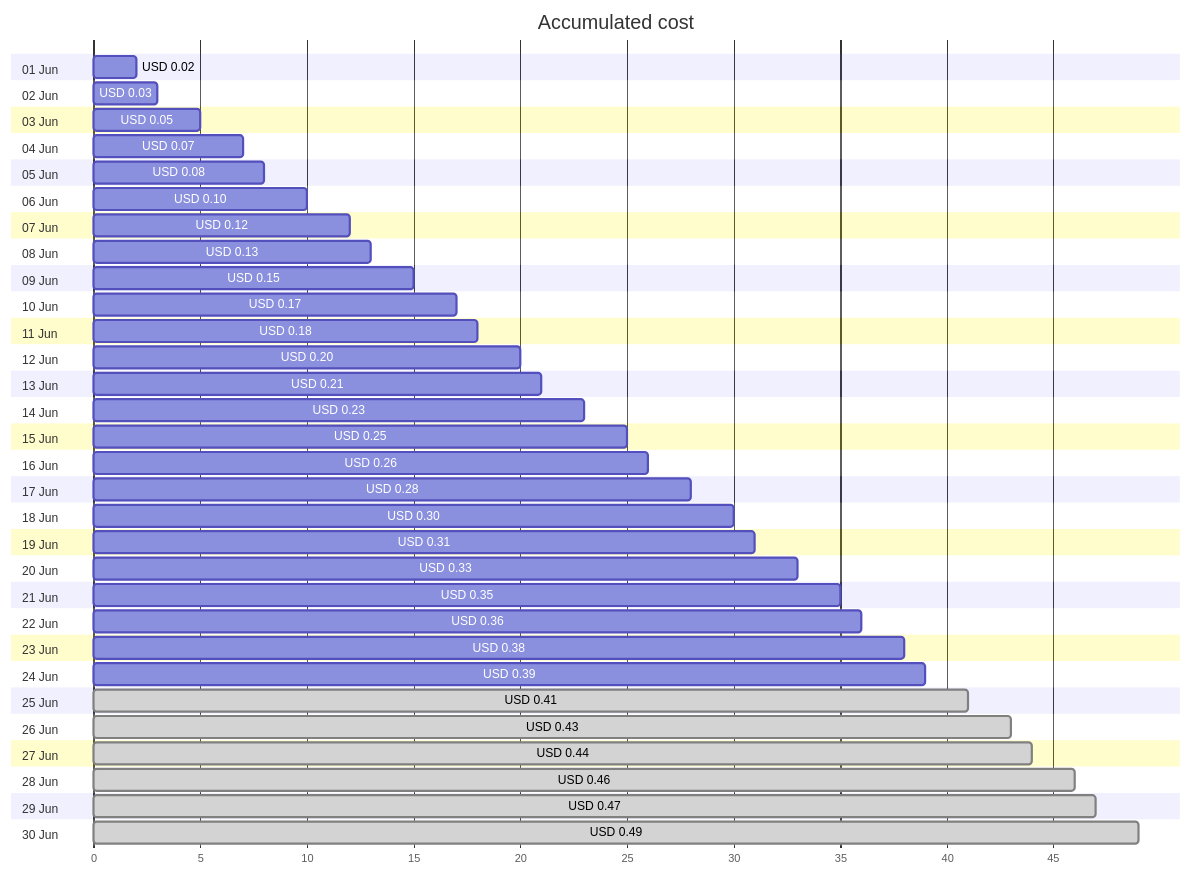
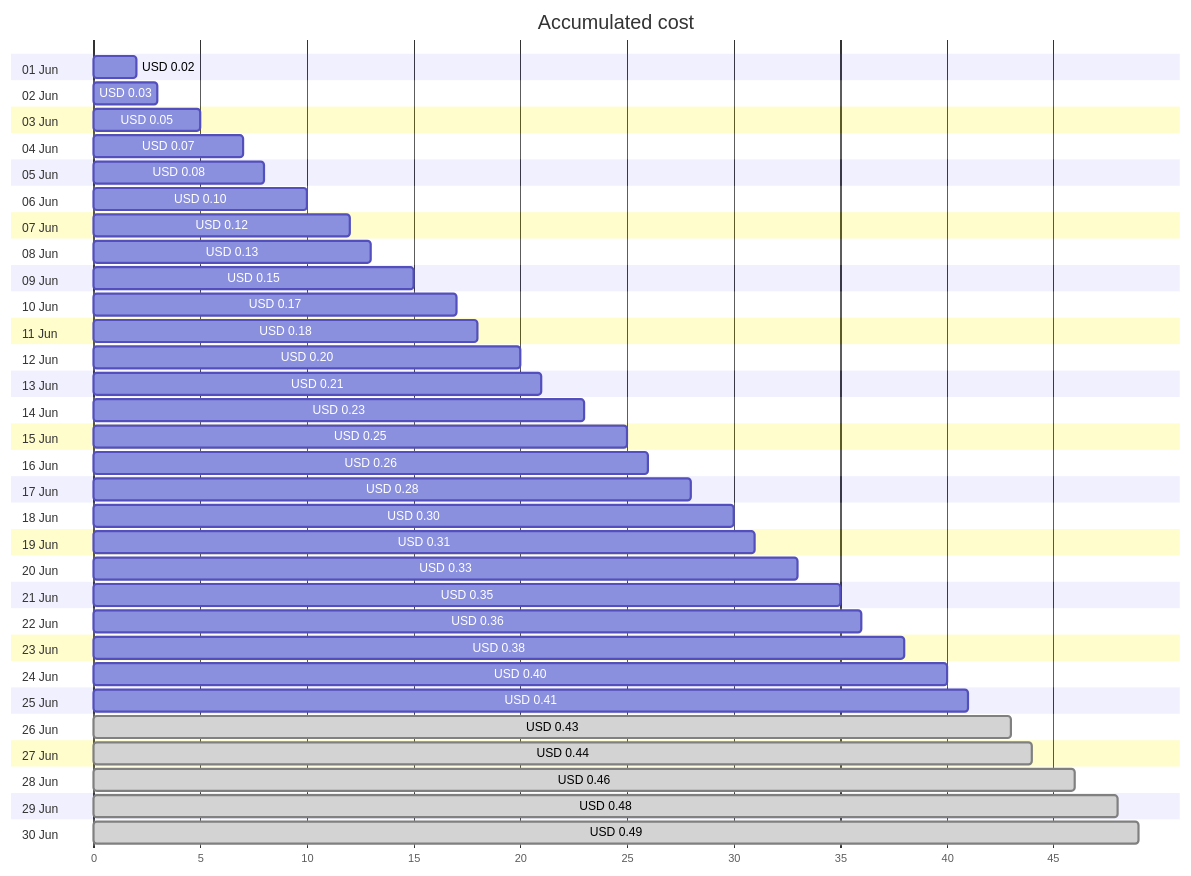
The first of 4 diagrams in cost-reports/personal-dns/jpatrickfulton.dev.md (jpfulton/azure-personal-reports), drawn with Mermaid before and after one commit. The commit also changed other lines of this file and 2 other files, not shown here.

````diff
--- a/cost-reports/personal-dns/jpatrickfulton.dev.md
+++ b/cost-reports/personal-dns/jpatrickfulton.dev.md
@@ -20,66 +20,66 @@
 ```mermaid
 gantt
    title Accumulated cost
    dateFormat  X
    axisFormat %s
    section 01 Jun
    USD 0.02 :0, 2
    section 02 Jun
    USD 0.03 :0, 3
    section 03 Jun
    USD 0.05 :0, 5
    section 04 Jun
    USD 0.07 :0, 7
    section 05 Jun
    USD 0.08 :0, 8
    section 06 Jun
    USD 0.10 :0, 10
    section 07 Jun
    USD 0.12 :0, 12
    section 08 Jun
    USD 0.13 :0, 13
    section 09 Jun
    USD 0.15 :0, 15
    section 10 Jun
    USD 0.17 :0, 17
    section 11 Jun
    USD 0.18 :0, 18
    section 12 Jun
    USD 0.20 :0, 20
    section 13 Jun
    USD 0.21 :0, 21
    section 14 Jun
    USD 0.23 :0, 23
    section 15 Jun
    USD 0.25 :0, 25
    section 16 Jun
    USD 0.26 :0, 26
    section 17 Jun
    USD 0.28 :0, 28
    section 18 Jun
    USD 0.30 :0, 30
    section 19 Jun
    USD 0.31 :0, 31
    section 20 Jun
    USD 0.33 :0, 33
    section 21 Jun
    USD 0.35 :0, 35
    section 22 Jun
    USD 0.36 :0, 36
    section 23 Jun
    USD 0.38 :0, 38
    section 24 Jun
-   USD 0.39 :0, 39
+   USD 0.40 :0, 40
    section 25 Jun
-   USD 0.41 : done, 0, 41
+   USD 0.41 :0, 41
    section 26 Jun
    USD 0.43 : done, 0, 43
    section 27 Jun
    USD 0.44 : done, 0, 44
    section 28 Jun
    USD 0.46 : done, 0, 46
    section 29 Jun
-   USD 0.47 : done, 0, 47
+   USD 0.48 : done, 0, 48
    section 30 Jun
    USD 0.49 : done, 0, 49
 ```
````
